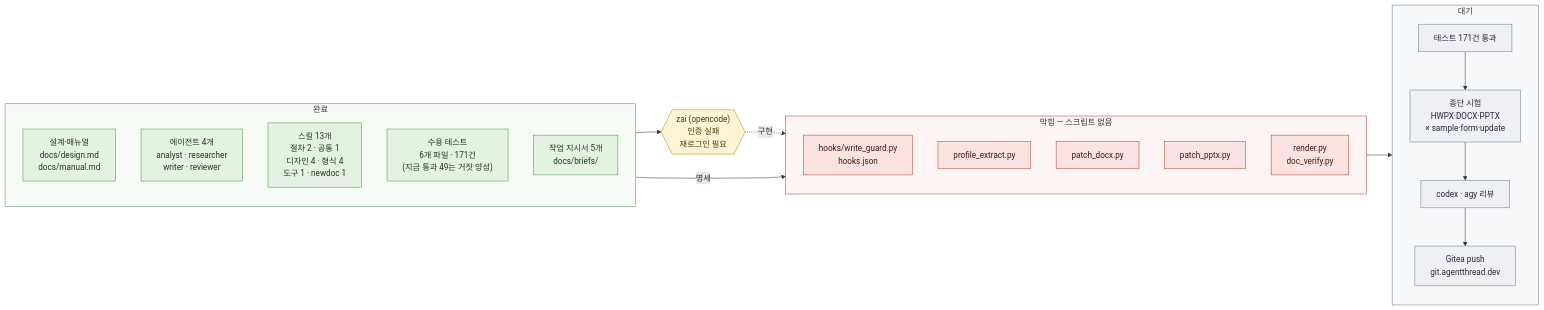
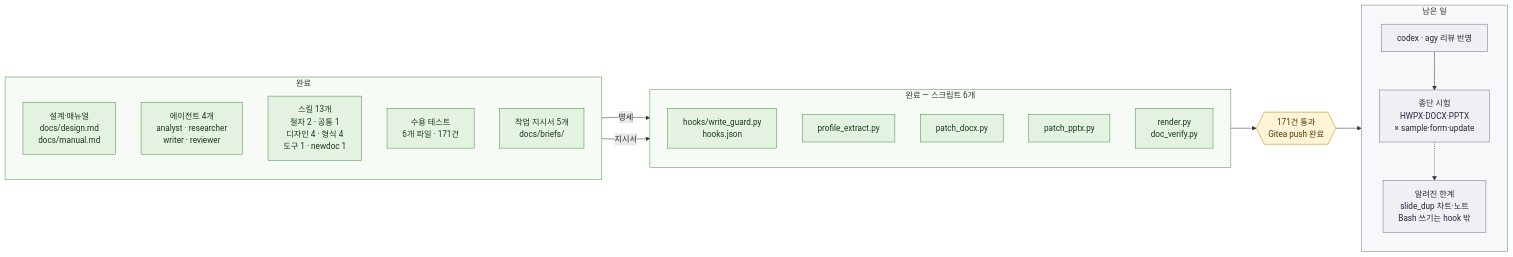
One commit to yarang/skills-for-work changed the diagram in docu-writer/docs/diagrams/implementation-status.mmd. Above: the diagram before and after it, drawn with Mermaid. The commit also changed 4 other files, not shown here.

```diff
--- a/docu-writer/docs/diagrams/implementation-status.mmd
+++ b/docu-writer/docs/diagrams/implementation-status.mmd
@@ -1,42 +1,39 @@
-%% 구현 상태 (2026-11-04): 규칙 문서·테스트는 끝났고, 스크립트 6개는 zai 인증 실패로 막혀 있다
+%% 구현 상태 (2026-11-04, v0.2.0): 스크립트 6개가 들어와 수용 테스트 171건이 통과한다. 남은 것은 리뷰 반영과 종단 시험이다
 flowchart LR
   subgraph DONE["완료"]
     direction TB
     D1["설계·매뉴얼<br/>docs/design.md<br/>docs/manual.md"]
     D2["에이전트 4개<br/>analyst · researcher<br/>writer · reviewer"]
     D3["스킬 13개<br/>절차 2 · 공통 1<br/>디자인 4 · 형식 4<br/>도구 1 · newdoc 1"]
-    D4["수용 테스트<br/>6개 파일 · 171건<br/>(지금 통과 49는 거짓 양성)"]
+    D4["수용 테스트<br/>6개 파일 · 171건"]
     D5["작업 지시서 5개<br/>docs/briefs/"]
   end
-  subgraph BLOCKED["막힘 — 스크립트 없음"]
+  subgraph IMPL["완료 — 스크립트 6개"]
     direction TB
     S1["hooks/write_guard.py<br/>hooks.json"]
     S2["profile_extract.py"]
     S3["patch_docx.py"]
     S4["patch_pptx.py"]
     S5["render.py<br/>doc_verify.py"]
   end
-  Z{{"zai (opencode)<br/>인증 실패<br/>재로그인 필요"}}
-  subgraph TODO["대기"]
+  P{{"171건 통과<br/>Gitea push 완료"}}
+  subgraph TODO["남은 일"]
     direction TB
-    T1["테스트 171건 통과"]
+    T1["codex · agy 리뷰 반영"]
     T2["종단 시험<br/>HWPX·DOCX·PPTX<br/>× sample·form·update"]
-    T3["codex · agy 리뷰"]
-    T4["Gitea push<br/>git.agentthread.dev"]
+    T3["알려진 한계<br/>slide_dup 차트·노트<br/>Bash 쓰기는 hook 밖"]
   end
-  D4 -->|명세| BLOCKED
-  D5 --> Z
-  Z -.->|구현| BLOCKED
-  BLOCKED --> T1 --> T2 --> T3 --> T4
+  D4 -->|명세| IMPL
+  D5 -->|지시서| IMPL
+  IMPL --> P --> T1 --> T2
+  T2 -.-> T3
 
   classDef done fill:#E3F2E1,stroke:#4C8C4A,color:#1B3A1A
-  classDef blocked fill:#FBE3E1,stroke:#B23B32,color:#4A1410
   classDef todo fill:#EEF0F3,stroke:#6B7B8C,color:#28253D
   classDef gate fill:#FFF4D6,stroke:#B8860B,color:#4A3A0A
-  class D1,D2,D3,D4,D5 done
-  class S1,S2,S3,S4,S5 blocked
-  class T1,T2,T3,T4 todo
-  class Z gate
+  class D1,D2,D3,D4,D5,S1,S2,S3,S4,S5 done
+  class T1,T2,T3 todo
+  class P gate
   style DONE fill:#F7FBF6,stroke:#4C8C4A
-  style BLOCKED fill:#FDF5F4,stroke:#B23B32
+  style IMPL fill:#F7FBF6,stroke:#4C8C4A
   style TODO fill:#F7F8FA,stroke:#6B7B8C
```
